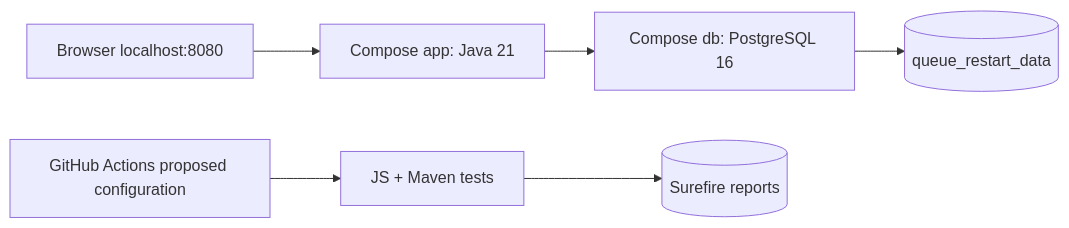
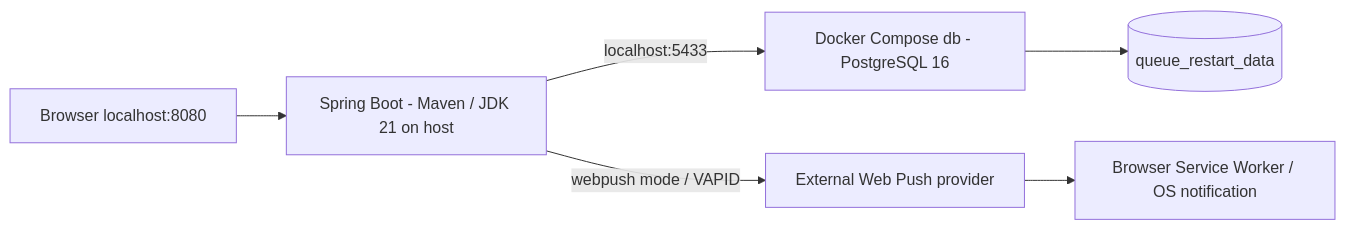
One commit to kaokao31/food-queue-notifier changed the first of 3 diagrams in doc/diagrams/deployment.md. Above: the diagram before and after it, drawn with Mermaid. The commit also changed other lines of this file and 9 other files, not shown here.

Commit message:
docs: update handover, migrations and architecture diagrams

````diff
--- a/doc/diagrams/deployment.md
+++ b/doc/diagrams/deployment.md
@@ -3,8 +7,8 @@
 ```mermaid
 flowchart LR
-  L[Browser localhost:8080] --> A[Compose app: Java 21]
-  A --> D[Compose db: PostgreSQL 16]
-  D --> V[(queue_restart_data)]
-  CI[GitHub Actions proposed configuration] --> J[JS + Maven tests]
-  J --> E[(Surefire reports)]
+  B[Browser localhost:8080] --> A[Spring Boot - Maven / JDK 21 on host]
+  A -->|localhost:5433| DB[Docker Compose db - PostgreSQL 16]
+  DB --> VOL[(queue_restart_data)]
+  A -->|webpush mode / VAPID| PUSH[External Web Push provider]
+  PUSH --> SW[Browser Service Worker / OS notification]
 ```
````
